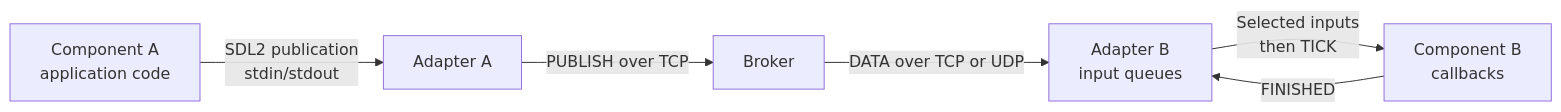
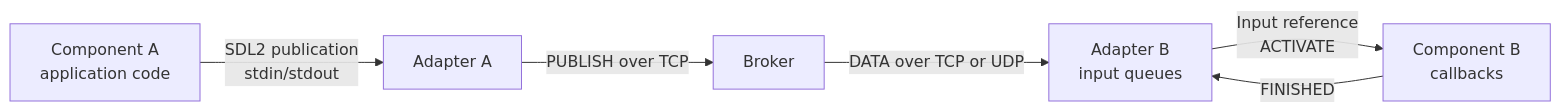
The diagram in ose/docs/runtime.md (archambaultfrancois-ship-it/ose), drawn with Mermaid before and after one commit. The commit also changed other lines of this file and 302 other files, not shown here.

````diff
--- a/ose/docs/runtime.md
+++ b/ose/docs/runtime.md
@@ -29,8 +26,8 @@
 ```mermaid
 flowchart LR
     C1["Component A<br/>application code"] -->|"SDL2 publication<br/>stdin/stdout"| A1["Adapter A"]
     A1 -->|"PUBLISH over TCP"| B["Broker"]
     B -->|"DATA over TCP or UDP"| A2["Adapter B<br/>input queues"]
-    A2 -->|"Selected inputs<br/>then TICK"| C2["Component B<br/>callbacks"]
+    A2 -->|"Input reference<br/>ACTIVATE"| C2["Component B<br/>callbacks"]
     C2 -->|"FINISHED"| A2
 ```
````
